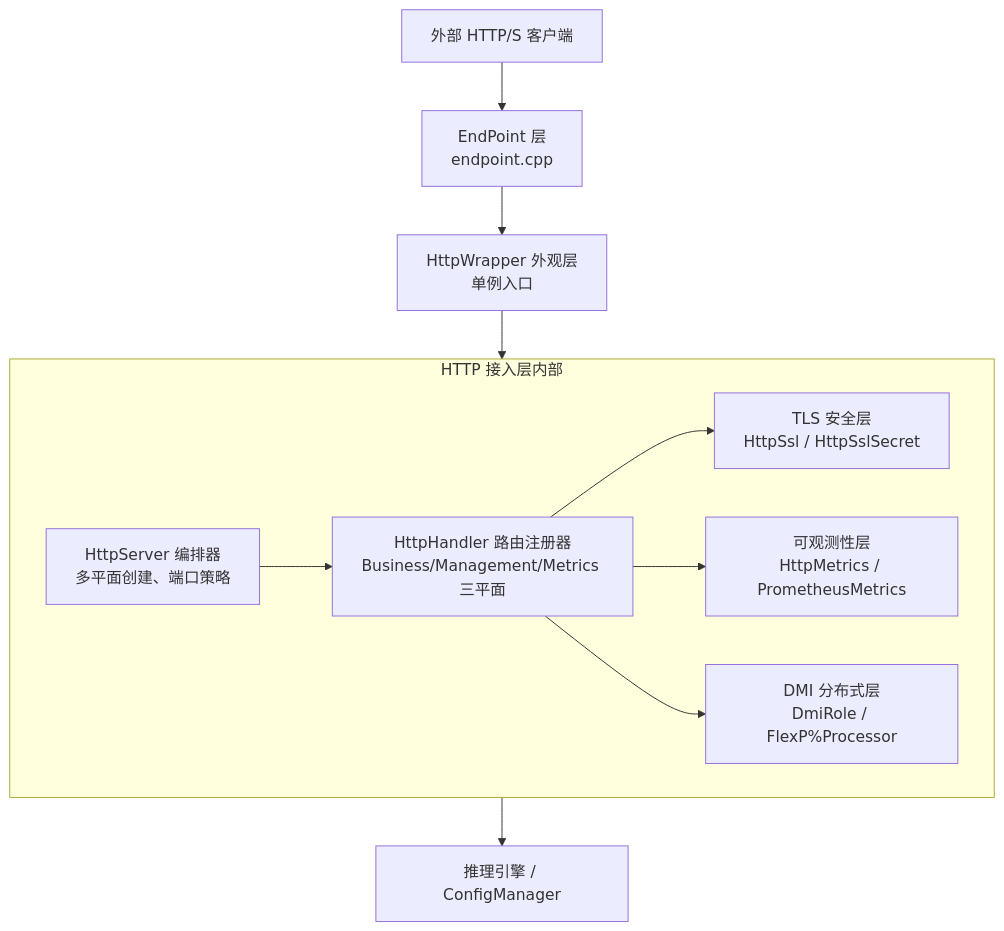
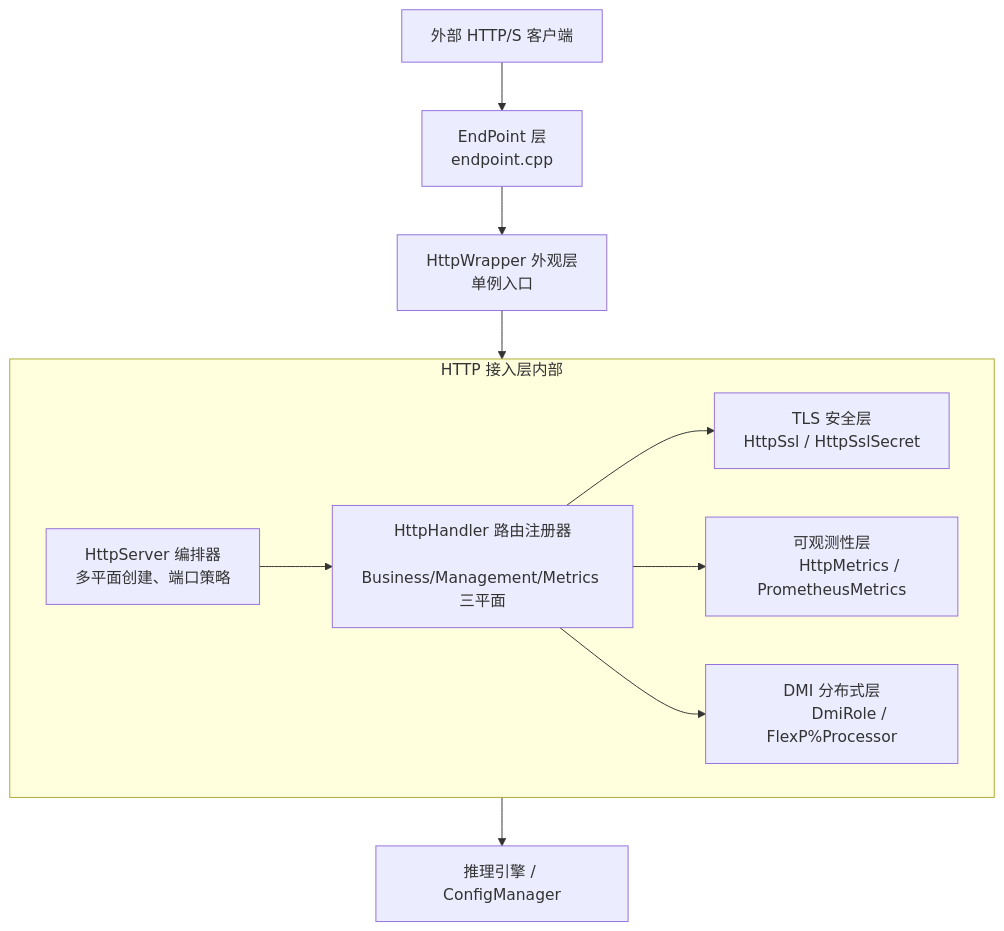
Before and after one commit to Lyr-GW/interview-docs: the first of 4 diagrams in docs/topics/http-server.md, drawn with Mermaid. The commit also changed other lines of this file and 7 other files, not shown here.

Commit message:
fix: replace mermaid <br/> with newlines to fix parsing under strict security mode

````diff
--- a/docs/topics/http-server.md
+++ b/docs/topics/http-server.md
@@ -29,22 +29,29 @@
 ```mermaid
 flowchart TB
     Client[外部 HTTP/S 客户端]
-    EP[EndPoint 层<br/>endpoint.cpp]
-    HW[HttpWrapper 外观层<br/>单例入口]
+    EP[EndPoint 层
+        endpoint.cpp]
+    HW[HttpWrapper 外观层
+        单例入口]
     
     subgraph INNER[HTTP 接入层内部]
-        HS[HttpServer 编排器<br/>多平面创建、端口策略]
-        HH[HttpHandler 路由注册器<br/>Business/Management/Metrics 三平面]
-        Sec[TLS 安全层<br/>HttpSsl / HttpSslSecret]
-        Obs[可观测性层<br/>HttpMetrics / PrometheusMetrics]
-        DMI[DMI 分布式层<br/>DmiRole / FlexP%Processor]
+        HS[HttpServer 编排器
+        多平面创建、端口策略]
+        HH[HttpHandler 路由注册器
+        Business/Management/Metrics 三平面]
+        Sec[TLS 安全层
+        HttpSsl / HttpSslSecret]
+        Obs[可观测性层
+        HttpMetrics / PrometheusMetrics]
+        DMI[DMI 分布式层
+        DmiRole / FlexP%Processor]
     end
     
     Infra[推理引擎 / ConfigManager]
     
     Client --> EP --> HW --> INNER
     HS --> HH --> Sec
     HH --> Obs
     HH --> DMI
     INNER --> Infra
 ```
````
